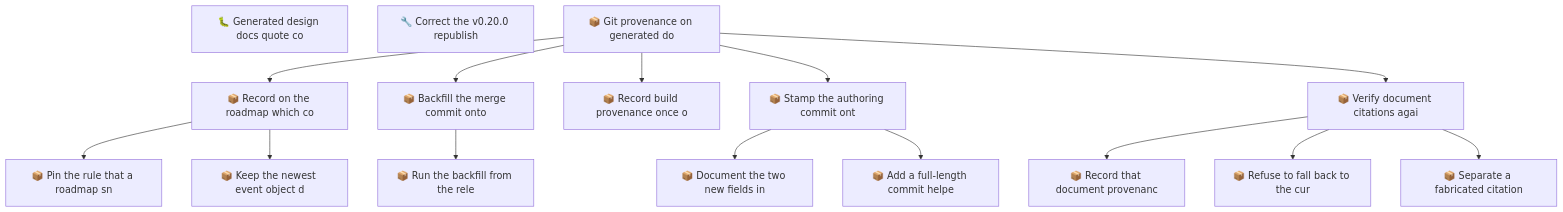
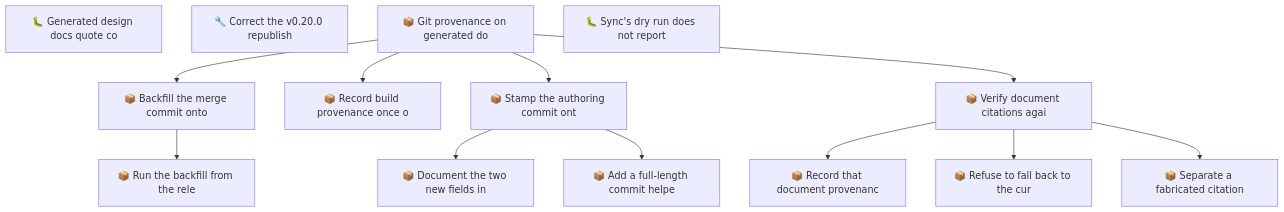
One commit to SpillwaveSolutions/wiki_ticket_sdd changed the second of 2 diagrams in docs/roadmap.md. Above: the diagram before and after it, drawn with Mermaid. The commit also changed other lines of this file and 14 other files, not shown here.

````diff
--- a/docs/roadmap.md
+++ b/docs/roadmap.md
@@ -102,32 +96,27 @@
 ```mermaid
 graph TD
     01KZ2M75CEXBQHFN1AG1Z8A2YB["🐛 Generated design docs quote co"]
     01KZ2PJZF067ZS4YW231C1FM28["🔧 Correct the v0.20.0 republish"]
     01KZ30X6HZ6FKJXJX386J44CB1["📦 Git provenance on generated do"]
-    01KZ30X6JD06D11ACPVF8Q5GMW["📦 Record on the roadmap which co"]
-    01KZ30X6JDHPRBESZDQ2CSNJZ2["📦 Pin the rule that a roadmap sn"]
-    01KZ30X6JDSYHB6FQB7RRCGKQQ["📦 Keep the newest event object d"]
     01KZ30X6JE0QSQF6BE8S0YRPBW["📦 Backfill the merge commit onto"]
     01KZ30X6JE1ERVS43QVXEEGVXA["📦 Record build provenance once o"]
     01KZ30X6JE8542ERDW1B8A9P8H["📦 Run the backfill from the rele"]
     01KZ30X6JEBXN08HQTQ77ESSTV["📦 Record that document provenanc"]
     01KZ30X6JECK0M9G04ZHMS4SMA["📦 Stamp the authoring commit ont"]
     01KZ30X6JEETVQZG7YYFM7B998["📦 Refuse to fall back to the cur"]
     01KZ30X6JEF29Z5AEEWXBSJWHV["📦 Verify document citations agai"]
     01KZ30X6JEH1Z7D5AC5ZAMM5V8["📦 Document the two new fields in"]
     01KZ30X6JEWCD74E81Y555DAYP["📦 Separate a fabricated citation"]
     01KZ30X6JEXH4TTKHDNV3ZW0Q2["📦 Add a full-length commit helpe"]
-    01KZ30X6HZ6FKJXJX386J44CB1 --> 01KZ30X6JD06D11ACPVF8Q5GMW
-    01KZ30X6JD06D11ACPVF8Q5GMW --> 01KZ30X6JDHPRBESZDQ2CSNJZ2
-    01KZ30X6JD06D11ACPVF8Q5GMW --> 01KZ30X6JDSYHB6FQB7RRCGKQQ
+    01KZ31DGAQ2YDP6RMEMVNAWABH["🐛 Sync's dry run does not report"]
     01KZ30X6HZ6FKJXJX386J44CB1 --> 01KZ30X6JE0QSQF6BE8S0YRPBW
     01KZ30X6HZ6FKJXJX386J44CB1 --> 01KZ30X6JE1ERVS43QVXEEGVXA
     01KZ30X6JE0QSQF6BE8S0YRPBW --> 01KZ30X6JE8542ERDW1B8A9P8H
     01KZ30X6JEF29Z5AEEWXBSJWHV --> 01KZ30X6JEBXN08HQTQ77ESSTV
     01KZ30X6HZ6FKJXJX386J44CB1 --> 01KZ30X6JECK0M9G04ZHMS4SMA
     01KZ30X6JEF29Z5AEEWXBSJWHV --> 01KZ30X6JEETVQZG7YYFM7B998
     01KZ30X6HZ6FKJXJX386J44CB1 --> 01KZ30X6JEF29Z5AEEWXBSJWHV
     01KZ30X6JECK0M9G04ZHMS4SMA --> 01KZ30X6JEH1Z7D5AC5ZAMM5V8
     01KZ30X6JEF29Z5AEEWXBSJWHV --> 01KZ30X6JEWCD74E81Y555DAYP
     01KZ30X6JECK0M9G04ZHMS4SMA --> 01KZ30X6JEXH4TTKHDNV3ZW0Q2
 ```
````
